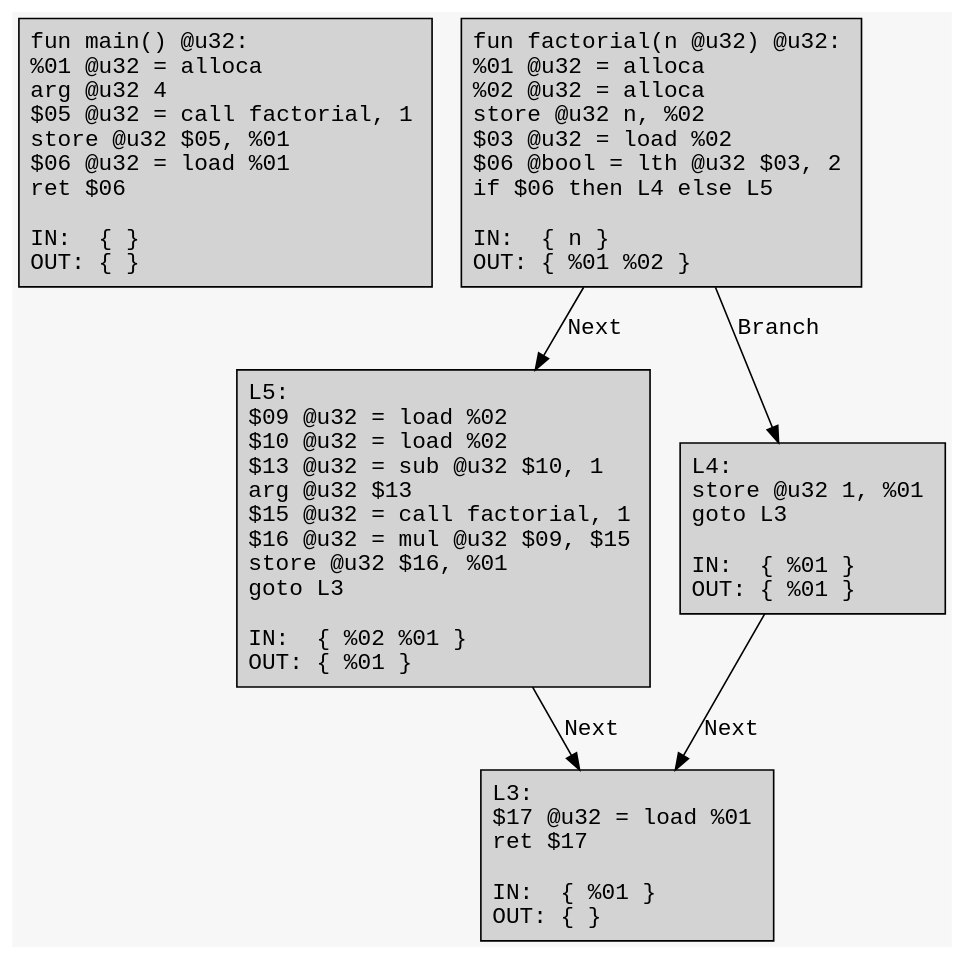
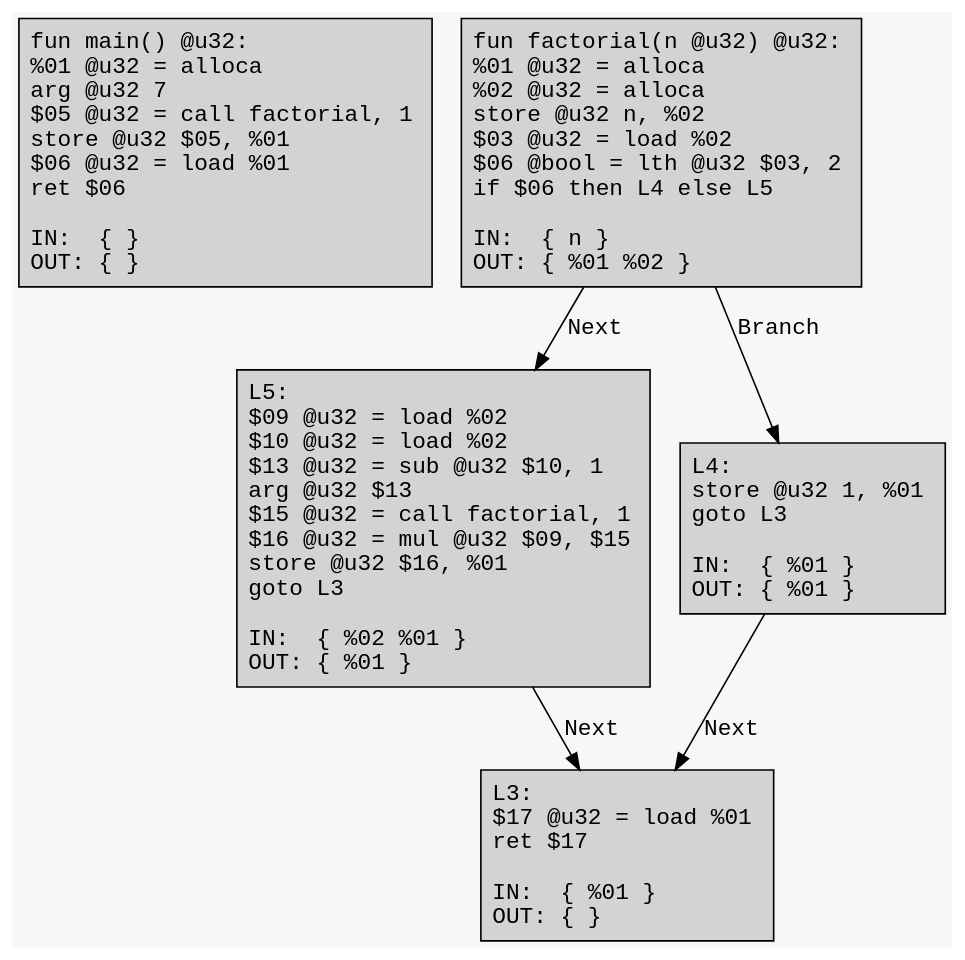
The diagram in example/factorial/factorial.dot (ArkoiSystems/arkoi_language), drawn with Graphviz before and after one commit. The commit also changed 14 other files, not shown here.

```diff
--- a/example/factorial/factorial.dot
+++ b/example/factorial/factorial.dot
@@ -1,17 +1,17 @@
 digraph CFG {
 	graph [fontname = "Monospace"];
 	node  [fontname = "Monospace", shape=box, style=filled, margin=0.1];
 	edge  [fontname = "Monospace"];
 	bgcolor = "#f7f7f7";
 	splines = false;
 
-	L0 [label="fun main() @u32:\l %01 @u32 = alloca\l arg @u32 4\l $05 @u32 = call factorial, 1\l store @u32 $05, %01\l $06 @u32 = load %01\l ret $06\l\lIN:  { }\lOUT: { }\l"];
+	L0 [label="fun main() @u32:\l %01 @u32 = alloca\l arg @u32 7\l $05 @u32 = call factorial, 1\l store @u32 $05, %01\l $06 @u32 = load %01\l ret $06\l\lIN:  { }\lOUT: { }\l"];
 	L2 [label="fun factorial(n @u32) @u32:\l %01 @u32 = alloca\l %02 @u32 = alloca\l store @u32 n, %02\l $03 @u32 = load %02\l $06 @bool = lth @u32 $03, 2\l if $06 then L4 else L5\l\lIN:  { n }\lOUT: { %01 %02 }\l"];
 	L2 -> L5 [label="Next"];
 	L2 -> L4 [label="Branch"];
 	L5 [label="L5:\l $09 @u32 = load %02\l $10 @u32 = load %02\l $13 @u32 = sub @u32 $10, 1\l arg @u32 $13\l $15 @u32 = call factorial, 1\l $16 @u32 = mul @u32 $09, $15\l store @u32 $16, %01\l goto L3\l\lIN:  { %02 %01 }\lOUT: { %01 }\l"];
 	L5 -> L3 [label="Next"];
 	L4 [label="L4:\l store @u32 1, %01\l goto L3\l\lIN:  { %01 }\lOUT: { %01 }\l"];
 	L4 -> L3 [label="Next"];
 	L3 [label="L3:\l $17 @u32 = load %01\l ret $17\l\lIN:  { %01 }\lOUT: { }\l"];
 }
```
